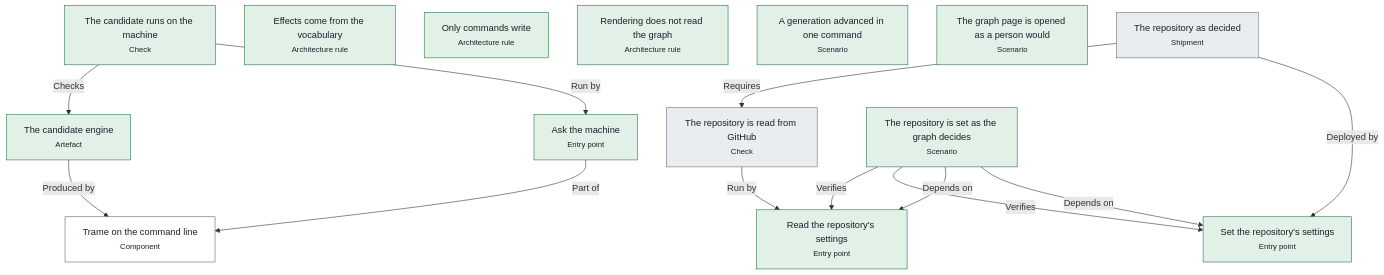
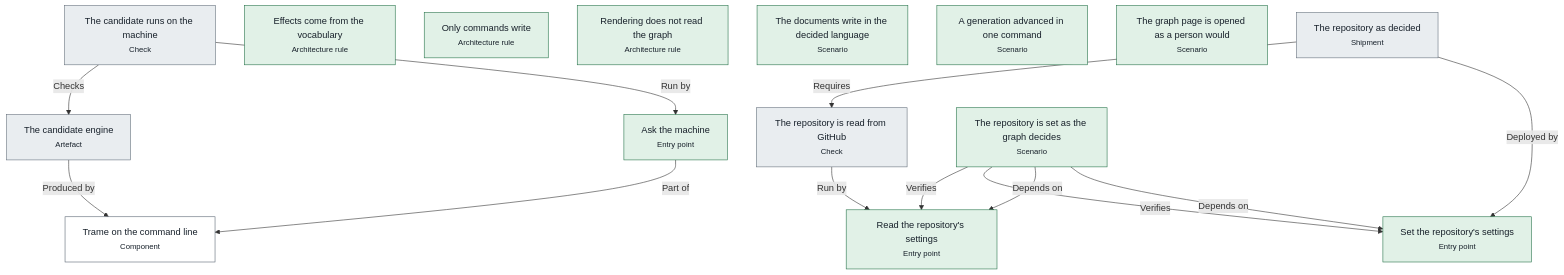
One commit to advancedcognitivesystems-ai/trame changed the third of 4 diagrams in docs/pipelines.md. Above: the diagram before and after it, drawn with Mermaid. The commit also changed other lines of this file and 364 other files, not shown here.

First line of the commit message:
A command declares its line; std reads it and writes documents in the format the line names (g135)

````diff
--- a/docs/pipelines.md
+++ b/docs/pipelines.md
@@ -506,33 +506,34 @@
 ```mermaid
 flowchart TB
-  n0["The candidate engine<br/><small>Artefact</small>"]:::held
+  n0["The candidate engine<br/><small>Artefact</small>"]:::unknown
   n1["Trame on the command line<br/><small>Component</small>"]:::neutral
   n2["The repository is read from GitHub<br/><small>Check</small>"]:::unknown
   n3["Read the repository's settings<br/><small>Entry point</small>"]:::held
-  n4["The candidate runs on the machine<br/><small>Check</small>"]:::held
+  n4["The candidate runs on the machine<br/><small>Check</small>"]:::unknown
   n5["Ask the machine<br/><small>Entry point</small>"]:::held
   n6["Effects come from the vocabulary<br/><small>Architecture rule</small>"]:::held
   n7["Only commands write<br/><small>Architecture rule</small>"]:::held
   n8["Rendering does not read the graph<br/><small>Architecture rule</small>"]:::held
   n9["The repository is set as the graph decides<br/><small>Scenario</small>"]:::held
-  n10["A generation advanced in one command<br/><small>Scenario</small>"]:::held
-  n11["The graph page is opened as a person would<br/><small>Scenario</small>"]:::held
-  n12["Set the repository's settings<br/><small>Entry point</small>"]:::held
-  n13["The repository as decided<br/><small>Shipment</small>"]:::unknown
+  n10["The documents write in the decided language<br/><small>Scenario</small>"]:::held
+  n11["A generation advanced in one command<br/><small>Scenario</small>"]:::held
+  n12["The graph page is opened as a person would<br/><small>Scenario</small>"]:::held
+  n13["Set the repository's settings<br/><small>Entry point</small>"]:::held
+  n14["The repository as decided<br/><small>Shipment</small>"]:::unknown
   n5 -->|Part of| n1
   n4 -->|Checks| n0
   n4 -->|Run by| n5
   n0 -->|Produced by| n1
   n2 -->|Run by| n3
-  n13 -->|Requires| n2
-  n13 -->|Deployed by| n12
+  n14 -->|Requires| n2
+  n14 -->|Deployed by| n13
   n9 -->|Verifies| n3
-  n9 -->|Verifies| n12
+  n9 -->|Verifies| n13
   n9 -->|Depends on| n3
-  n9 -->|Depends on| n12
+  n9 -->|Depends on| n13
   classDef held fill:#e1f1e7,stroke:#26734a,color:#17202a
   classDef blocked fill:#fbf0d9,stroke:#9a6200,color:#17202a
   classDef violated fill:#f9e3e1,stroke:#ad2a22,color:#17202a
   classDef unknown fill:#e9edf0,stroke:#65707c,color:#17202a
   classDef neutral fill:#ffffff,stroke:#5a6672,color:#17202a
 ```
````
